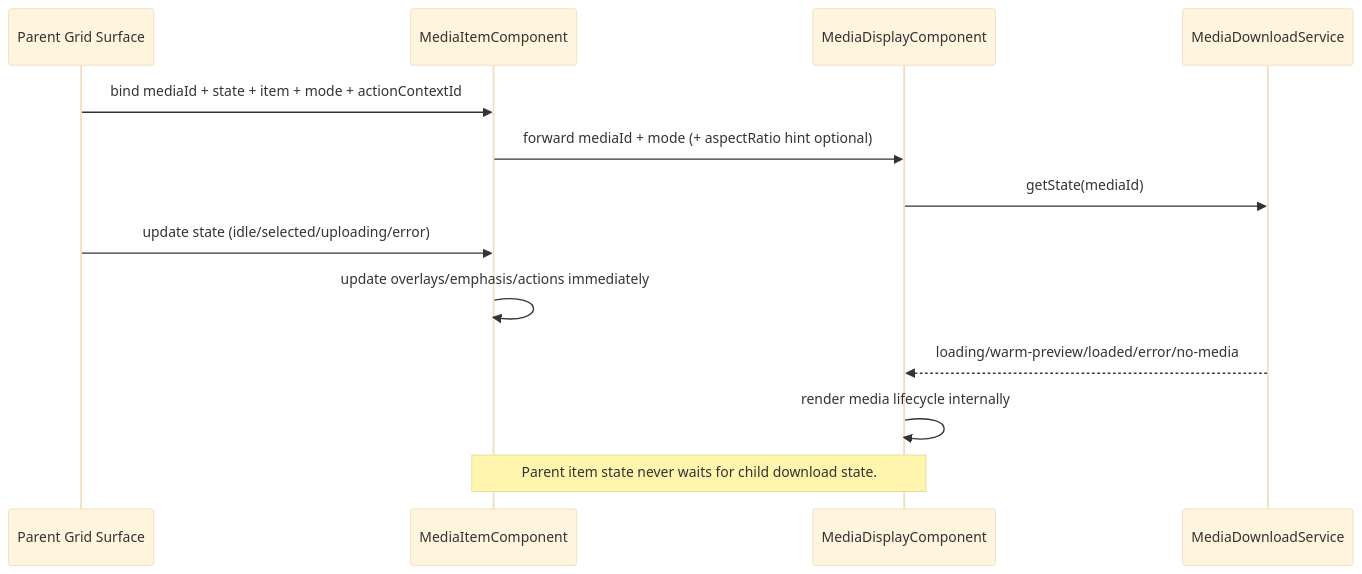
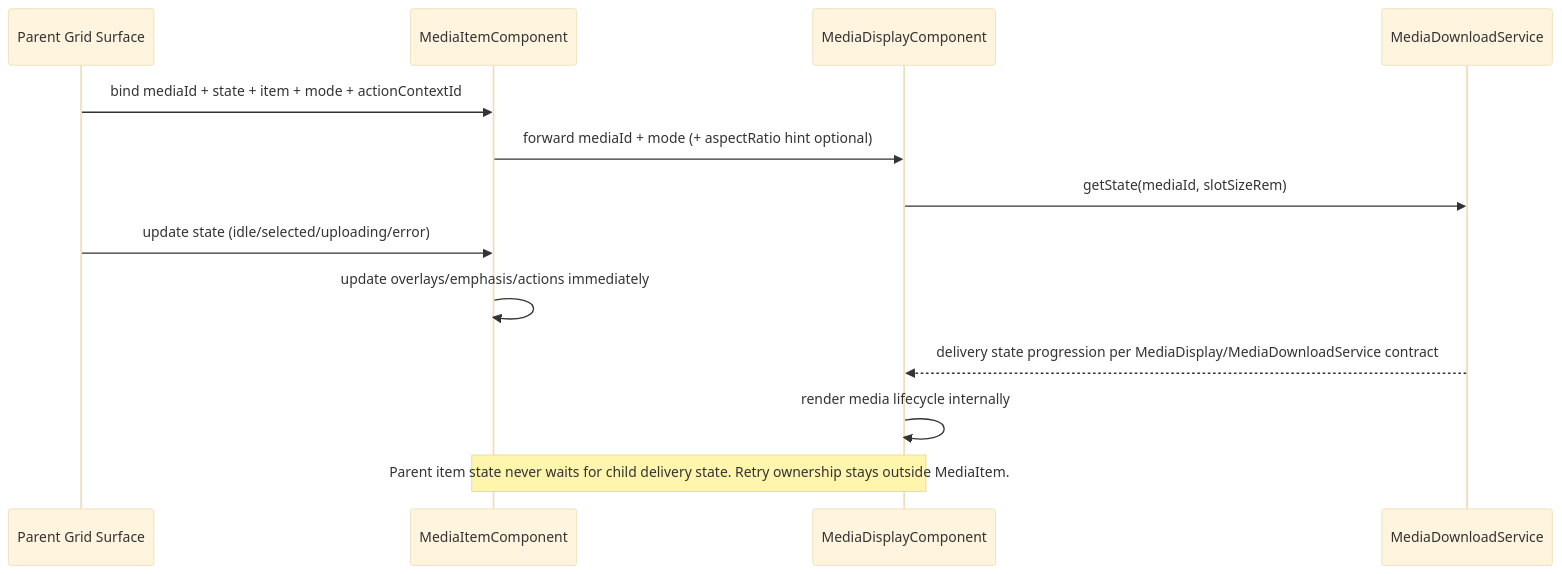
The second of 2 diagrams in docs/specs/component/media-item.md (matkleve/feldpost), drawn with Mermaid (base theme) before and after one commit. The commit also changed other lines of this file and 3 other files, not shown here.

Commit message:
feat(item-grid): update media rendering and delivery logic to utilize MediaDisplayComponent and MediaDownloadService

````diff
--- a/docs/specs/component/media-item.md
+++ b/docs/specs/component/media-item.md
@@ -222,16 +223,16 @@
 ```mermaid
 sequenceDiagram
   participant P as Parent Grid Surface
   participant M as MediaItemComponent
   participant D as MediaDisplayComponent
   participant S as MediaDownloadService
 
   P->>M: bind mediaId + state + item + mode + actionContextId
   M->>D: forward mediaId + mode (+ aspectRatio hint optional)
-  D->>S: getState(mediaId)
+  D->>S: getState(mediaId, slotSizeRem)
   P->>M: update state (idle/selected/uploading/error)
   M->>M: update overlays/emphasis/actions immediately
-  S-->>D: loading/warm-preview/loaded/error/no-media
+  S-->>D: delivery state progression per MediaDisplay/MediaDownloadService contract
   D->>D: render media lifecycle internally
-  Note over M,D: Parent item state never waits for child download state.
+  Note over M,D: Parent item state never waits for child delivery state. Retry ownership stays outside MediaItem.
 ```
````
